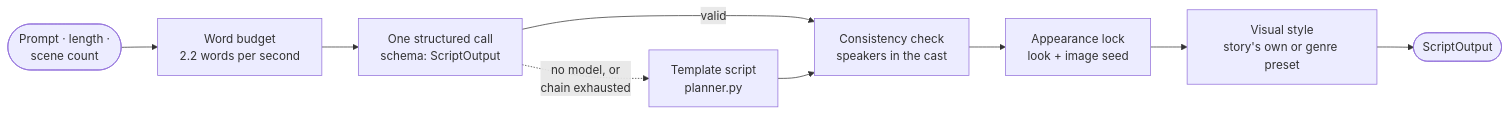
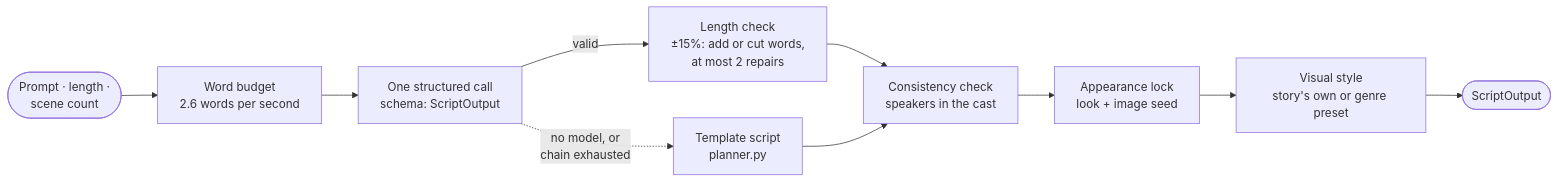
The fourth of 9 diagrams in docs/AGENTS.md (saad-dafinitiq/Project-Dastango), drawn with Mermaid before and after one commit. The commit also changed other lines of this file and 17 other files, not shown here.

````diff
--- a/docs/AGENTS.md
+++ b/docs/AGENTS.md
@@ -218,11 +218,12 @@
 ```mermaid
 flowchart LR
-    in(["Prompt · length ·<br/>scene count"]) --> budget["Word budget<br/>2.2 words per second"]
+    in(["Prompt · length ·<br/>scene count"]) --> budget["Word budget<br/>2.6 words per second"]
     budget --> llm["One structured call<br/>schema: ScriptOutput"]
-    llm -- "valid" --> check["Consistency check<br/>speakers in the cast"]
+    llm -- "valid" --> fit["Length check<br/>±15%: add or cut words,<br/>at most 2 repairs"]
+    fit --> check["Consistency check<br/>speakers in the cast"]
     llm -. "no model, or<br/>chain exhausted" .-> tmpl["Template script<br/>planner.py"]
     tmpl --> check
     check --> lock["Appearance lock<br/>look + image seed"]
     lock --> vstyle["Visual style<br/>story's own or genre preset"]
     vstyle --> out(["ScriptOutput"])
 ```
````
